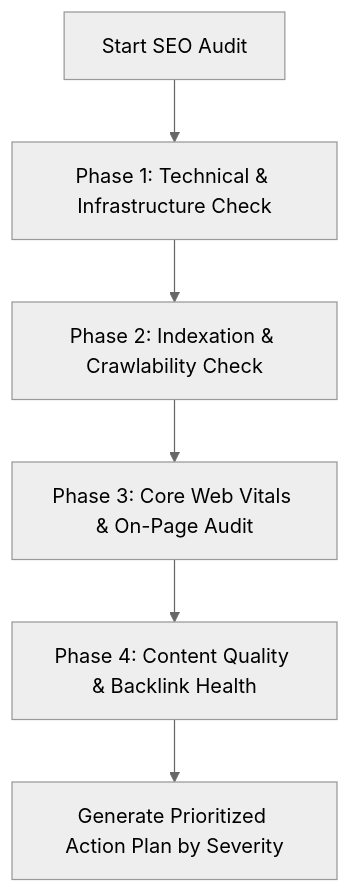
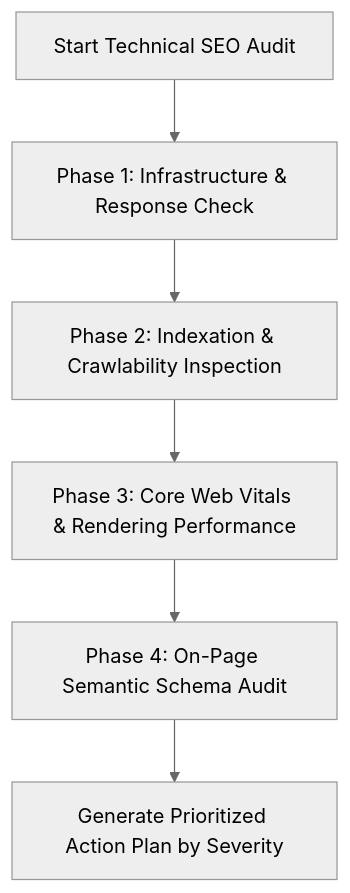
One commit to seoerai/seo changed the diagram in seo-auditing/README.md. Above: the diagram before and after it, drawn with Mermaid (neutral theme). The commit also changed other lines of this file and 8 other files, not shown here.

````diff
--- a/seo-auditing/README.md
+++ b/seo-auditing/README.md
@@ -11,8 +11,8 @@
 ```mermaid
 flowchart TD
-    A[Start SEO Audit] --> B[Phase 1: Technical & Infrastructure Check]
-    B --> C[Phase 2: Indexation & Crawlability Check]
-    C --> D[Phase 3: Core Web Vitals & On-Page Audit]
-    D --> E[Phase 4: Content Quality & Backlink Health]
+    A[Start Technical SEO Audit] --> B[Phase 1: Infrastructure & Response Check]
+    B --> C[Phase 2: Indexation & Crawlability Inspection]
+    C --> D[Phase 3: Core Web Vitals & Rendering Performance]
+    D --> E[Phase 4: On-Page Semantic Schema Audit]
     E --> F[Generate Prioritized Action Plan by Severity]
 ```
````
